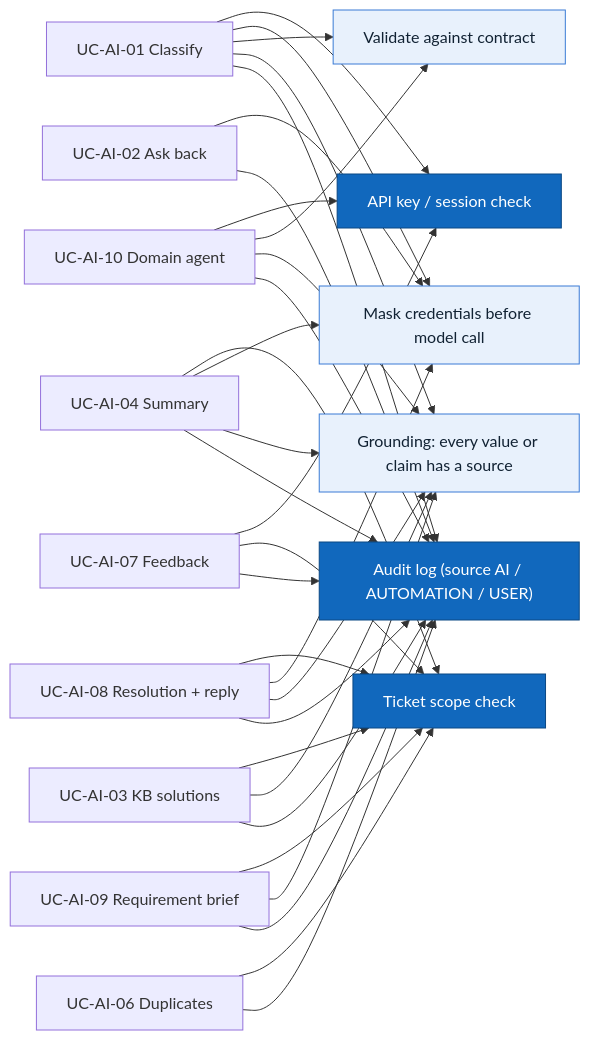
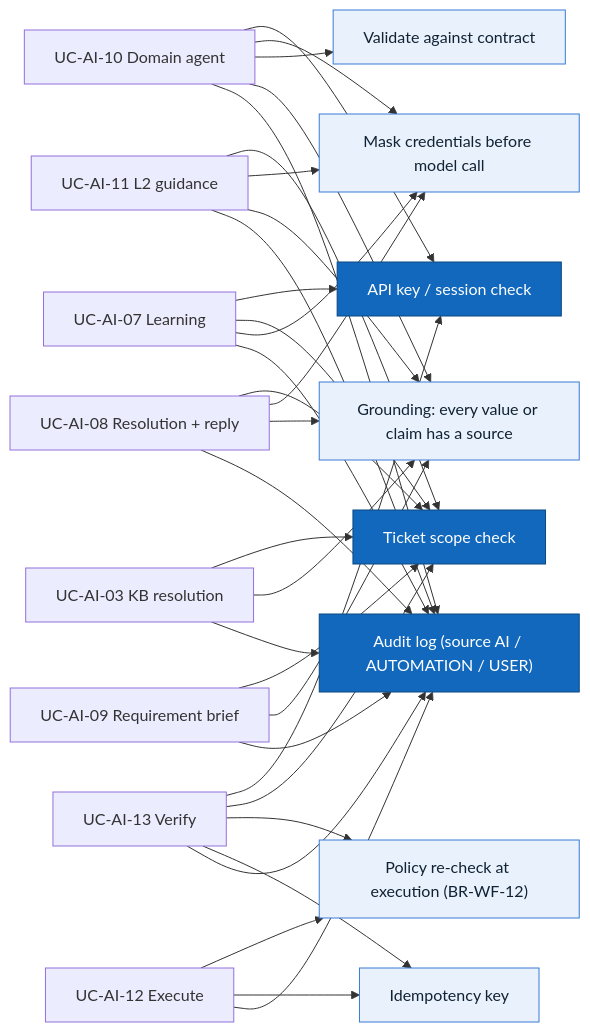
The second of 2 diagrams in docs/f04-ai-ticket-processing/02-use-cases.md (Akaza-ban/Fable), drawn with Mermaid before and after one commit. The commit also changed other lines of this file and 9 other files, not shown here.

First line of the commit message:
docs(F04): re-scope to processing after the new mind map (F05 routes, F04 processes)

````diff
--- a/docs/f04-ai-ticket-processing/02-use-cases.md
+++ b/docs/f04-ai-ticket-processing/02-use-cases.md
@@ -204,22 +164,23 @@
 ```mermaid
 flowchart LR
     auth["API key / session check"]:::shared
     scope["Ticket scope check"]:::shared
     mask["Mask credentials before model call"]:::rule
     validate["Validate against contract"]:::rule
     ground["Grounding: every value or claim has a source"]:::rule
+    policy["Policy re-check at execution (BR-WF-12)"]:::rule
+    idem["Idempotency key"]:::rule
     audit["Audit log (source AI / AUTOMATION / USER)"]:::shared
 
-    uc01["UC-AI-01 Classify"] --> auth & mask & validate & ground & audit
-    uc02["UC-AI-02 Ask back"] --> mask & audit
-    uc03["UC-AI-03 KB solutions"] --> scope & ground & audit
-    uc04["UC-AI-04 Summary"] --> scope & mask & ground & audit
-    uc06["UC-AI-06 Duplicates"] --> scope & audit
-    uc07["UC-AI-07 Feedback"] --> auth & scope & audit
+    uc10["UC-AI-10 Domain agent"] --> auth & mask & validate & ground & audit
+    uc03["UC-AI-03 KB resolution"] --> scope & ground & audit
+    uc11["UC-AI-11 L2 guidance"] --> scope & mask & ground & audit
+    uc12["UC-AI-12 Execute"] --> policy & idem & audit
+    uc13["UC-AI-13 Verify"] --> auth & scope & policy & idem & audit
     uc08["UC-AI-08 Resolution + reply"] --> scope & mask & ground & audit
     uc09["UC-AI-09 Requirement brief"] --> scope & ground & audit
-    uc10["UC-AI-10 Domain agent"] --> auth & validate & ground & audit
+    uc07["UC-AI-07 Learning"] --> auth & scope & mask & audit
 
     classDef shared fill:#1168bd,color:#fff,stroke:#0b4884
     classDef rule fill:#e8f1fc,color:#123,stroke:#3a7bd5
 ```
````
